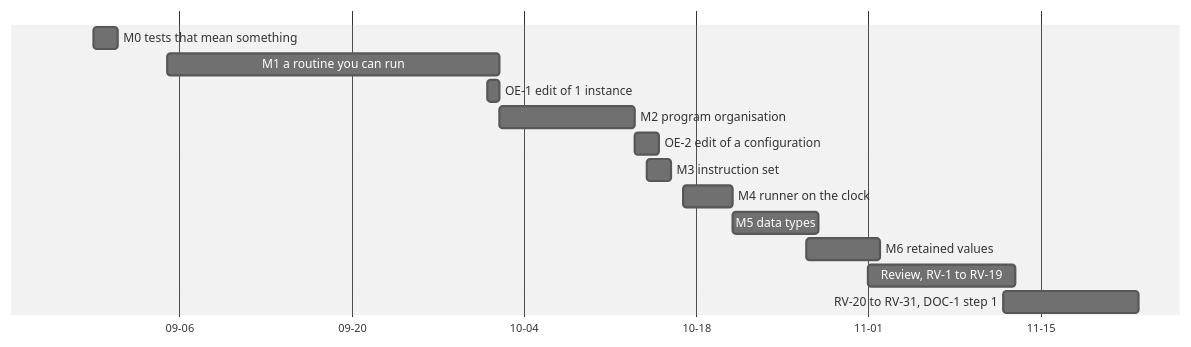
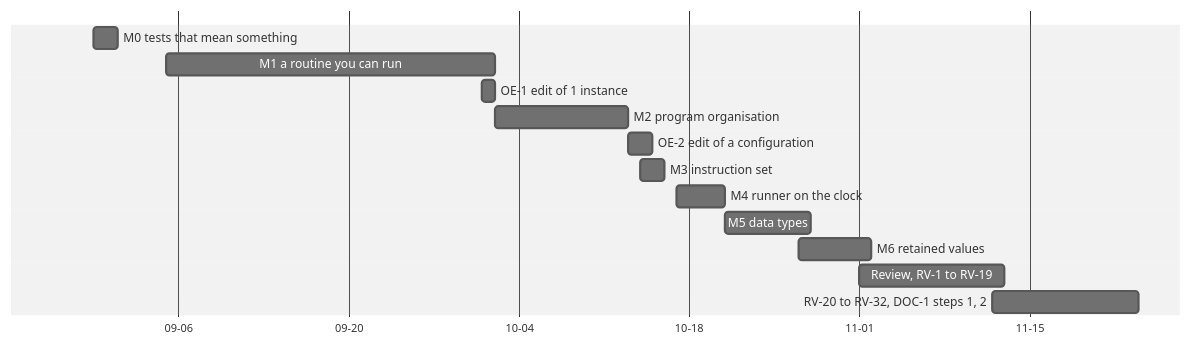
The diagram in docs/contributing/project-history.md (rellen/logex), drawn with Mermaid (neutral theme) before and after one commit. The commit also changed other lines of this file and 8 other files, not shown here.

````diff
--- a/docs/contributing/project-history.md
+++ b/docs/contributing/project-history.md
@@ -36,18 +36,18 @@
 ```mermaid
 gantt
   dateFormat YYYY-MM-DD
   axisFormat %m-%d
   tickInterval 2week
   todayMarker off
   M0 tests that mean something : 2026-08-30, 2d
   M1 a routine you can run : 2026-09-05, 2026-10-02
   OE-1 edit of 1 instance : 2026-10-01, 1d
   M2 program organisation : 2026-10-02, 2026-10-13
   OE-2 edit of a configuration : 2026-10-13, 2d
   M3 instruction set : 2026-10-14, 2d
   M4 runner on the clock : 2026-10-17, 2026-10-21
   M5 data types : 2026-10-21, 2026-10-28
   M6 retained values : 2026-10-27, 2026-11-02
   Review, RV-1 to RV-19 : 2026-11-01, 2026-11-13
-  RV-20 to RV-31, DOC-1 step 1 : 2026-11-12, 2026-11-23
+  RV-20 to RV-32, DOC-1 steps 1, 2 : 2026-11-12, 2026-11-24
 ```
````
